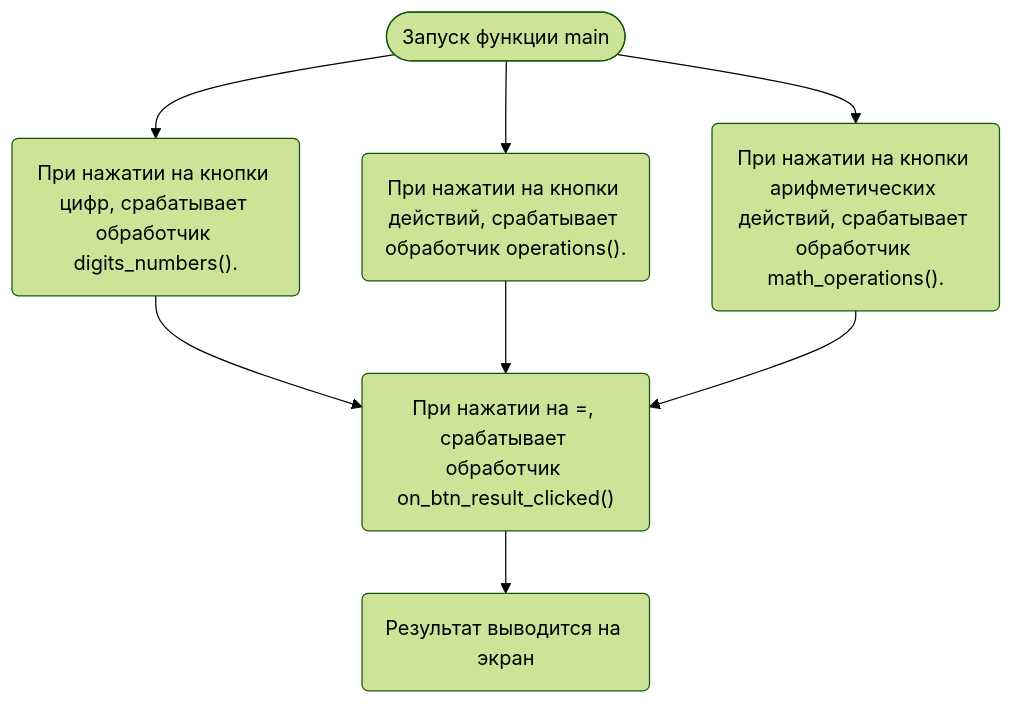
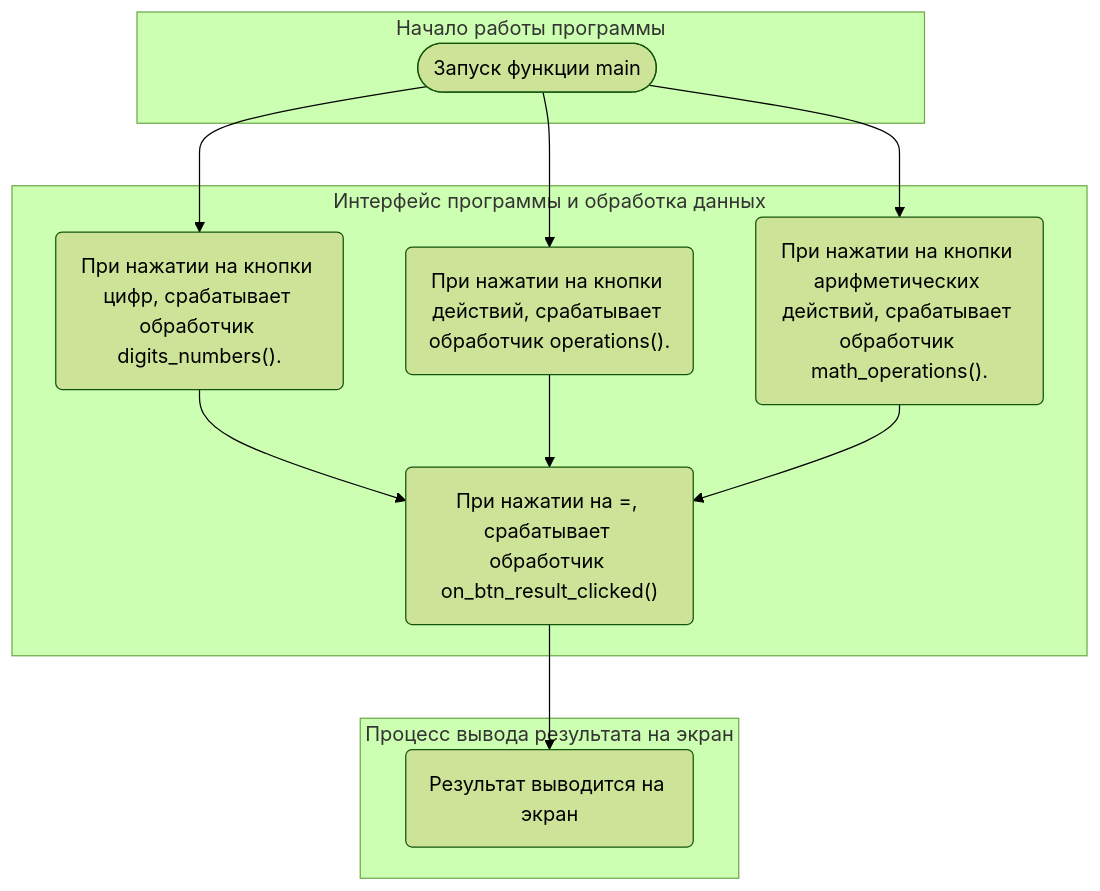
The second of 2 diagrams in README.md (KirichenkoND/Application-11-14), drawn with Mermaid (forest theme) before and after one commit.

````diff
--- a/README.md
+++ b/README.md
@@ -27,12 +29,17 @@
 ```mermaid
 flowchart TB
+subgraph Начало работы программы
+node1([Запуск функции main])
+end
 
-node1([Запуск функции main])
-
+subgraph Интерфейс программы и обработка данных
 node1 --> node3("При нажатии на кнопки цифр, срабатывает обработчик digits_numbers().") --> node6
 node1 --> node4("При нажатии на кнопки действий, срабатывает обработчик operations().") --> node6
 node1 --> node5("При нажатии на кнопки арифметических действий, срабатывает обработчик math_operations().") --> node6
+end
 
+subgraph Процесс вывода результата на экран
 node6("При нажатии на =, срабатывает обработчик on_btn_result_clicked()") --> node7
 node7(Результат выводится на экран)
+end
 ```
````
